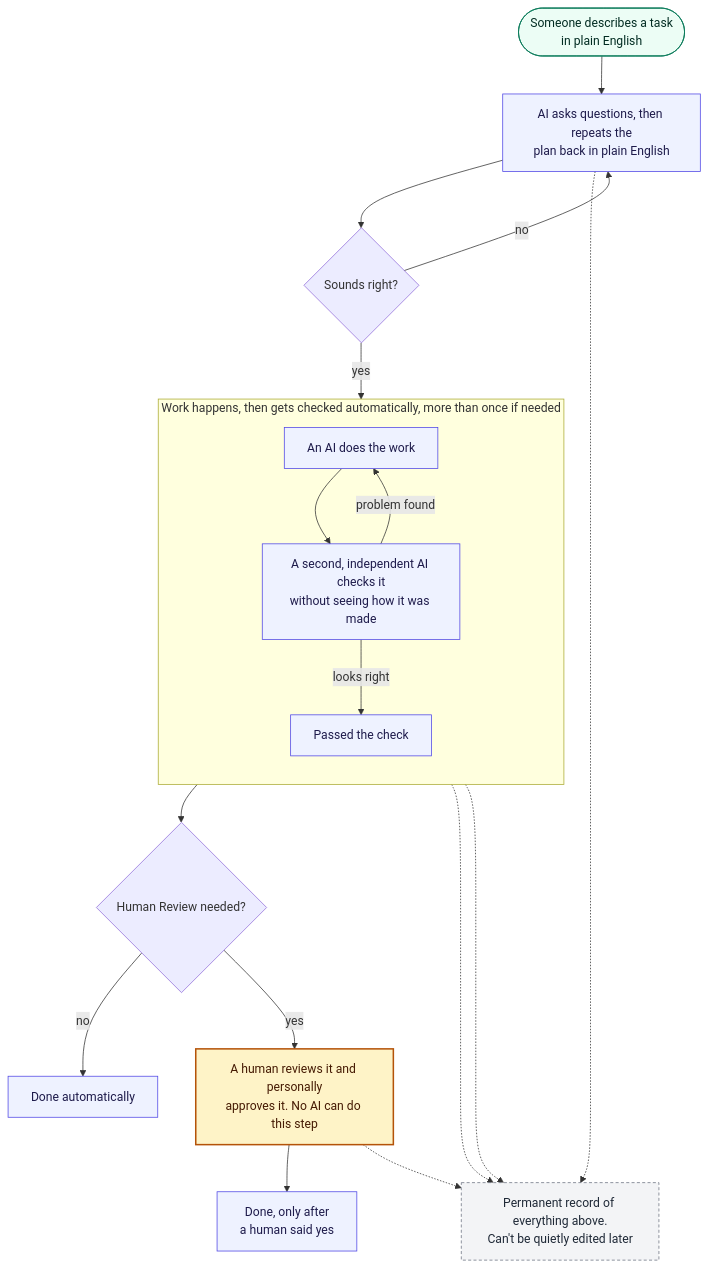
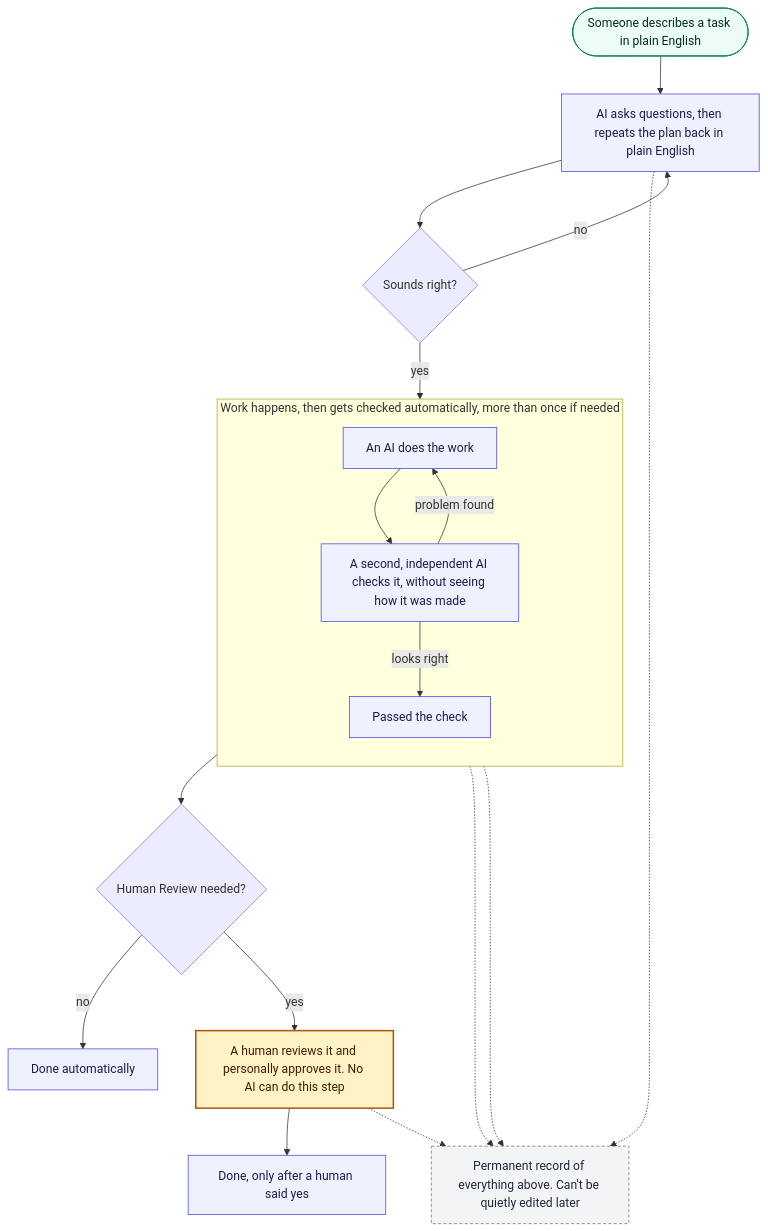
Before and after one commit to amtamaddon/intake: the first of 2 diagrams in README.md, drawn with Mermaid. The commit also changed other lines of this file and 1 other file, not shown here.

Commit message:
README diagrams: remove manual <br/> line breaks causing text clipping
Every multi-line node label was getting cut off in GitHub's Mermaid
renderer -- box auto-sizing wasn't accounting for manually-forced line
breaks correctly. Replaced all <br/> breaks with plain spaces/commas and
let Mermaid's own text wrapping size the boxes, which is more reliable
than manual breaks. Re-validated both diagrams with mermaid.parse().

````diff
--- a/README.md
+++ b/README.md
@@ -24,31 +24,31 @@
 ```mermaid
 flowchart TB
     classDef start fill:#ecfdf5,stroke:#047857,color:#022c22,stroke-width:1px
     classDef ai fill:#eef2ff,stroke:#4f46e5,color:#1e1b4b,stroke-width:1px
     classDef human fill:#fef3c7,stroke:#b45309,color:#451a03,stroke-width:2px
     classDef log fill:#f3f4f6,stroke:#6b7280,color:#1f2937,stroke-width:1px,stroke-dasharray:4 3
 
-    START(["Someone describes a task<br/>in plain English"]):::start --> ASK
+    START(["Someone describes a task in plain English"]):::start --> ASK
 
-    ASK["AI asks questions, then repeats the<br/>plan back in plain English"]:::ai --> OK{Sounds right?}
+    ASK["AI asks questions, then repeats the plan back in plain English"]:::ai --> OK{Sounds right?}
     OK -->|no| ASK
     OK -->|yes| DO
 
     subgraph LOOP["Work happens, then gets checked automatically, more than once if needed"]
         direction TB
-        DO["An AI does the work"]:::ai --> CHECK["A second, independent AI checks it<br/>without seeing how it was made"]:::ai
+        DO["An AI does the work"]:::ai --> CHECK["A second, independent AI checks it, without seeing how it was made"]:::ai
         CHECK -->|problem found| DO
         CHECK -->|looks right| PASS["Passed the check"]:::ai
     end
 
     PASS --> RISK{Human Review needed?}
     RISK -->|no| DONE["Done automatically"]:::ai
-    RISK -->|yes| APPROVE["A human reviews it and personally<br/>approves it. No AI can do this step"]:::human
-    APPROVE --> DONE2["Done, only after<br/>a human said yes"]:::ai
+    RISK -->|yes| APPROVE["A human reviews it and personally approves it. No AI can do this step"]:::human
+    APPROVE --> DONE2["Done, only after a human said yes"]:::ai
 
-    LOG["Permanent record of everything above.<br/>Can't be quietly edited later"]:::log
+    LOG["Permanent record of everything above. Can't be quietly edited later"]:::log
     ASK -.-> LOG
     DO -.-> LOG
     CHECK -.-> LOG
     APPROVE -.-> LOG
 ```
````
